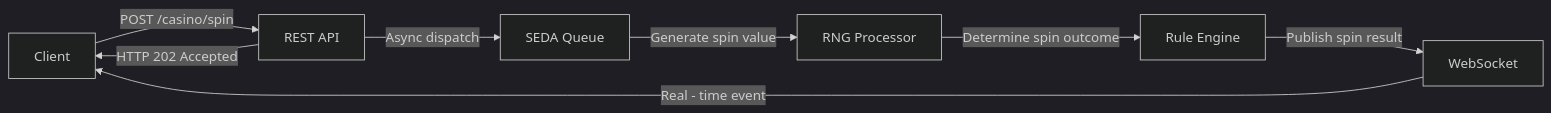
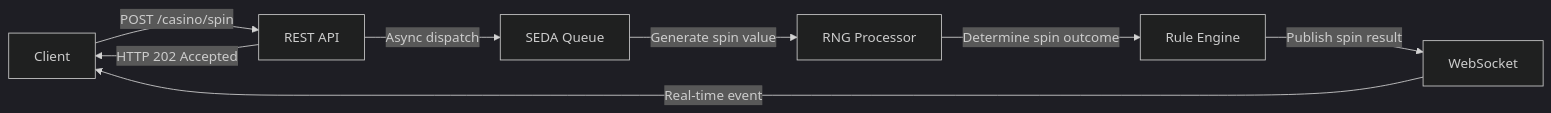
Before and after one commit to sdurrenmatt/camel-in-practice: the diagram in labs/casino/INSTRUCTIONS.md, drawn with Mermaid (dark theme). The commit also changed 1 other file, not shown here.

Commit message:
A few fixes to the casino lab

````diff
--- a/labs/casino/INSTRUCTIONS.md
+++ b/labs/casino/INSTRUCTIONS.md
@@ -10,10 +10,10 @@
 ```mermaid
 flowchart LR
     Client -->|POST /casino/spin| REST[REST API]
     REST -->|HTTP 202 Accepted| Client
     REST -->|Async dispatch| SEDA[SEDA Queue]
     SEDA -->|Generate spin value| RNG[RNG Processor]
     RNG -->|Determine spin outcome| RULES[Rule Engine]
     RULES -->|Publish spin result| WS[WebSocket]
-    WS -->|Real - time event| Client
+    WS -->|Real-time event| Client
 ```
````
